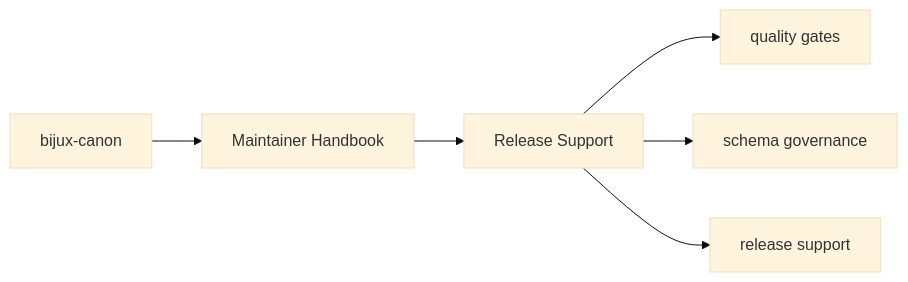
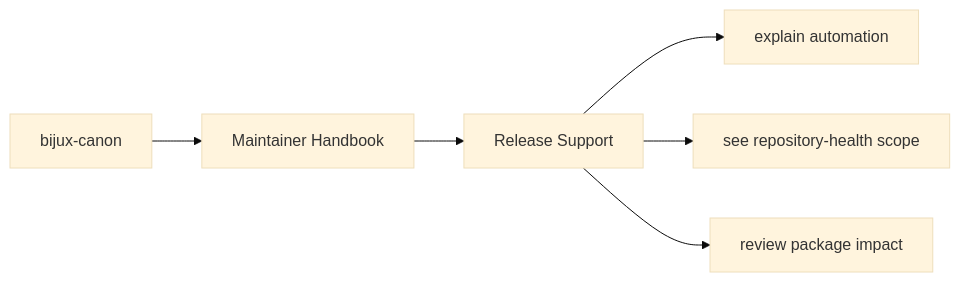
Before and after one commit to bijux/bijux-canon: the first of 2 diagrams in docs/bijux-canon-dev/release-support.md, drawn with Mermaid (base theme). The commit also changed other lines of this file and 20 other files, not shown here.

````diff
--- a/docs/bijux-canon-dev/release-support.md
+++ b/docs/bijux-canon-dev/release-support.md
@@ -19,11 +23,11 @@
 ```mermaid
 flowchart LR
     scope["bijux-canon"] --> section["Maintainer Handbook"]
     section --> page["Release Support"]
-    dest1["quality gates"]
-    dest2["schema governance"]
-    dest3["release support"]
+    dest1["explain automation"]
+    dest2["see repository-health scope"]
+    dest3["review package impact"]
     page --> dest1
     page --> dest2
     page --> dest3
 ```
````
